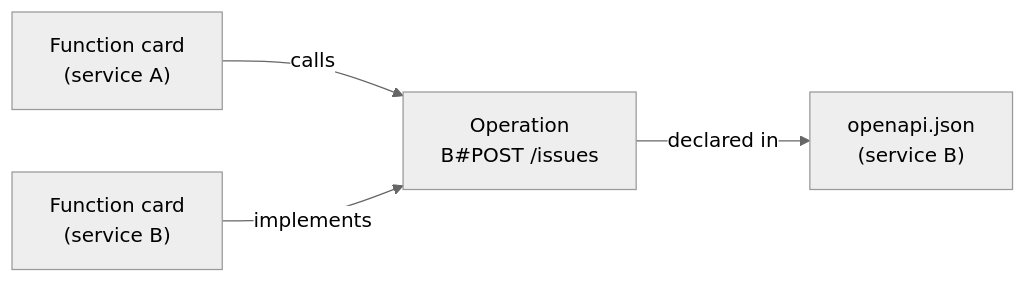
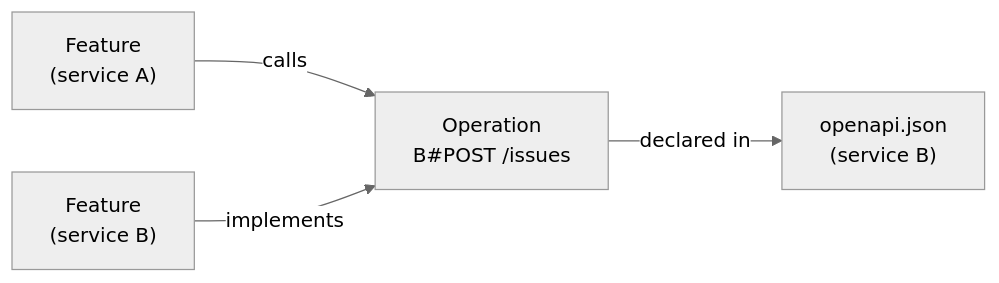
The diagram in docs/source/developer-guide/openapi-sync-design.rst (atai/product-creator), drawn with Mermaid (neutral theme) before and after one commit. The commit also changed other lines of this file and 11 other files, not shown here.

```diff
--- a/docs/source/developer-guide/openapi-sync-design.rst
+++ b/docs/source/developer-guide/openapi-sync-design.rst
@@ -17,6 +17,6 @@
 .. mermaid::
 
    flowchart LR
-     FA["Function card<br/>(service A)"] -- "calls" --> OP["Operation<br/>B#POST /issues"]
+     FA["Feature<br/>(service A)"] -- "calls" --> OP["Operation<br/>B#POST /issues"]
      OP -- "declared in" --> SPEC["openapi.json<br/>(service B)"]
-     FB["Function card<br/>(service B)"] -- "implements" --> OP
+     FB["Feature<br/>(service B)"] -- "implements" --> OP
```
